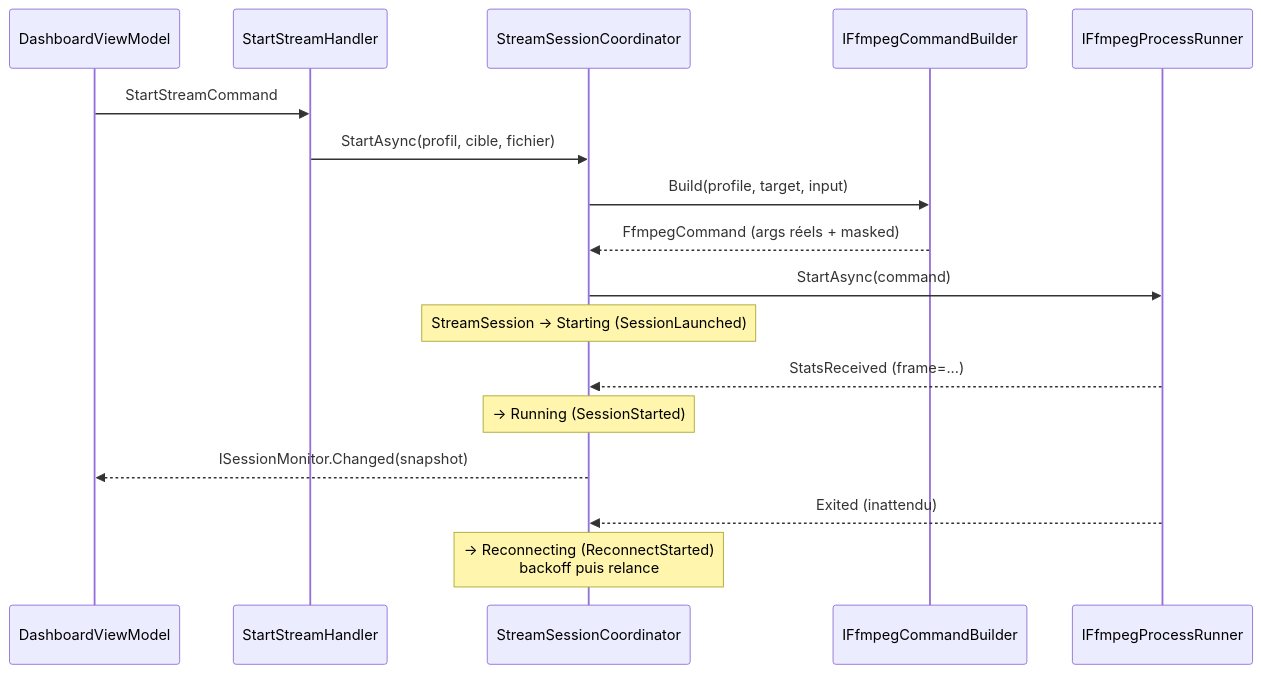
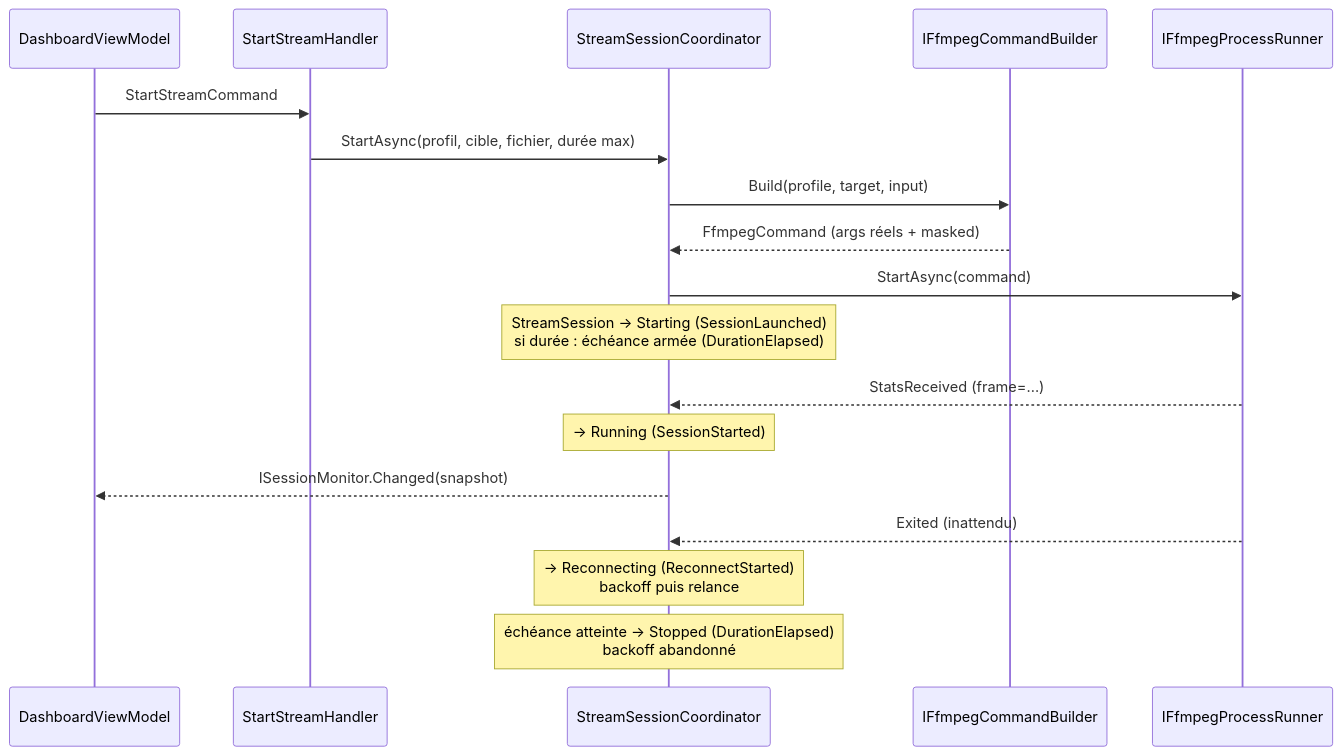
Before and after one commit to oliver254/Nagare: the third of 3 diagrams in docs/ARCHITECTURE.md, drawn with Mermaid. The commit also changed other lines of this file and 18 other files, not shown here.

````diff
--- a/docs/ARCHITECTURE.md
+++ b/docs/ARCHITECTURE.md
@@ -641,19 +694,20 @@
 ```mermaid
 sequenceDiagram
     participant UI as DashboardViewModel
     participant H as StartStreamHandler
     participant C as StreamSessionCoordinator
     participant B as IFfmpegCommandBuilder
     participant R as IFfmpegProcessRunner
     UI->>H: StartStreamCommand
-    H->>C: StartAsync(profil, cible, fichier)
+    H->>C: StartAsync(profil, cible, fichier, durée max)
     C->>B: Build(profile, target, input)
     B-->>C: FfmpegCommand (args réels + masked)
     C->>R: StartAsync(command)
-    Note over C: StreamSession → Starting (SessionLaunched)
+    Note over C: StreamSession → Starting (SessionLaunched)<br/>si durée : échéance armée (DurationElapsed)
     R-->>C: StatsReceived (frame=...)
     Note over C: → Running (SessionStarted)
     C-->>UI: ISessionMonitor.Changed(snapshot)
     R-->>C: Exited (inattendu)
     Note over C: → Reconnecting (ReconnectStarted)<br/>backoff puis relance
+    Note over C: échéance atteinte → Stopped (DurationElapsed)<br/>backoff abandonné
 ```
````
